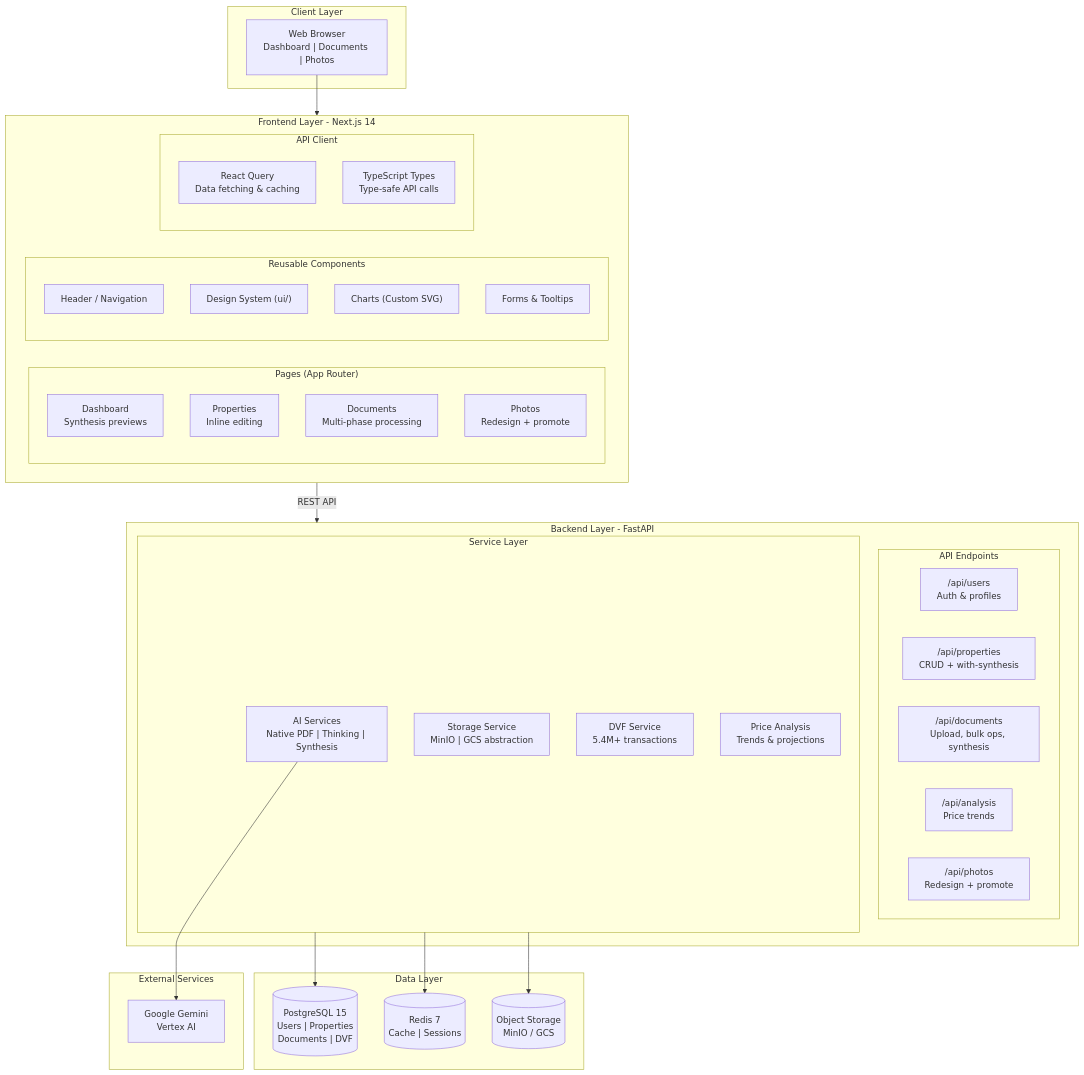
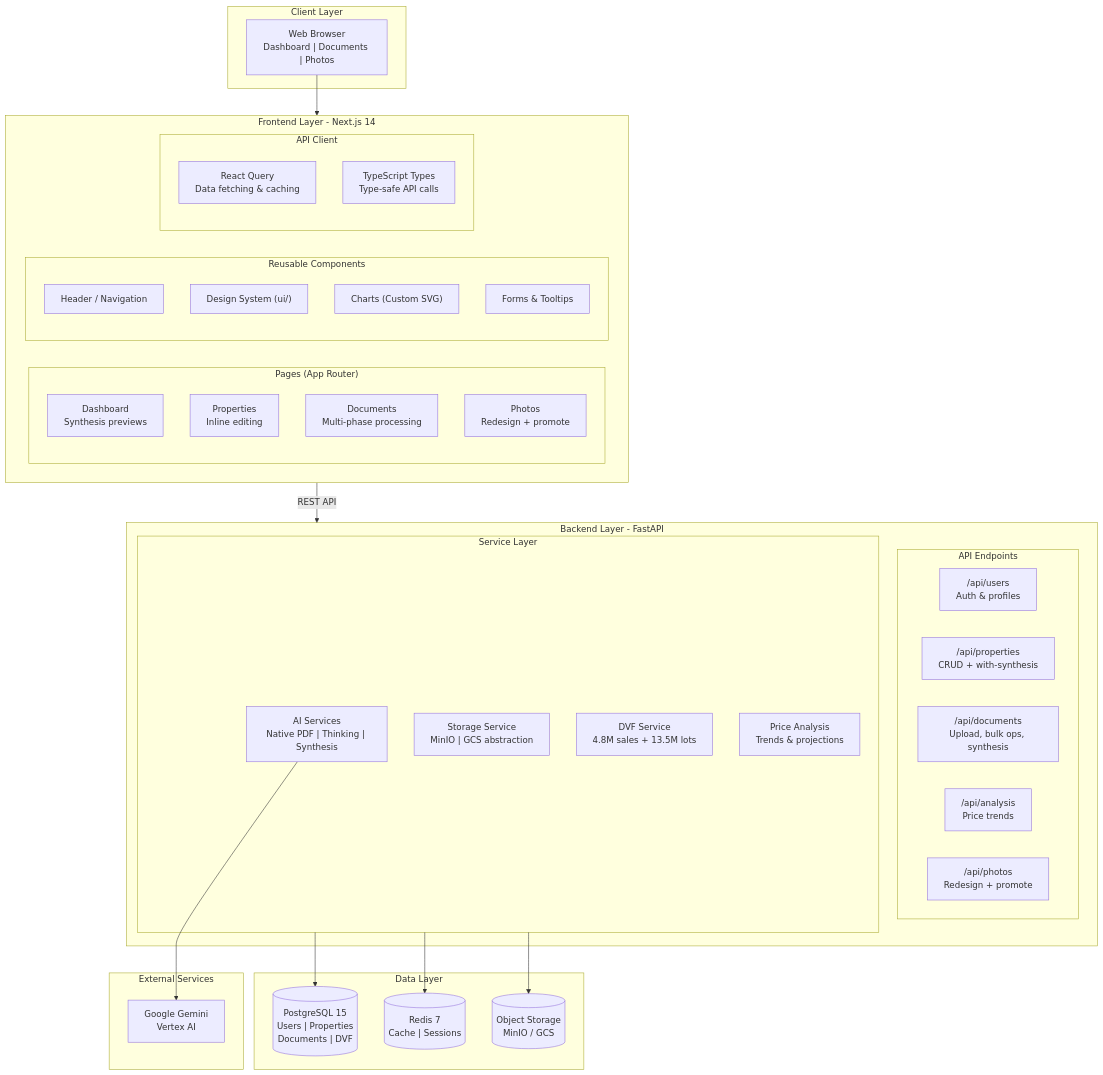
One commit to benjamin-karaoglan/AppArtAgent changed the first of 9 diagrams in docs/architecture/overview.md. Above: the diagram before and after it, drawn with Mermaid. The commit also changed other lines of this file and 14 other files, not shown here.

First line of the commit message:
docs: update documentation for geolocalized DVF and new architecture

````diff
--- a/docs/architecture/overview.md
+++ b/docs/architecture/overview.md
@@ -5,61 +5,61 @@
 ```mermaid
 flowchart TB
     subgraph ClientLayer["Client Layer"]
         Browser["Web Browser<br/>Dashboard | Documents | Photos"]
     end
 
     subgraph FrontendLayer["Frontend Layer - Next.js 14"]
         subgraph Pages["Pages (App Router)"]
             P1["Dashboard<br/>Synthesis previews"]
             P2["Properties<br/>Inline editing"]
             P3["Documents<br/>Multi-phase processing"]
             P4["Photos<br/>Redesign + promote"]
         end
 
         subgraph Components["Reusable Components"]
             C1["Header / Navigation"]
             C2["Design System (ui/)"]
             C3["Charts (Custom SVG)"]
             C4["Forms & Tooltips"]
         end
 
         subgraph APIClient["API Client"]
             AC1["React Query<br/>Data fetching & caching"]
             AC2["TypeScript Types<br/>Type-safe API calls"]
         end
     end
 
     subgraph BackendLayer["Backend Layer - FastAPI"]
         subgraph Endpoints["API Endpoints"]
             E1["/api/users<br/>Auth & profiles"]
             E2["/api/properties<br/>CRUD + with-synthesis"]
             E3["/api/documents<br/>Upload, bulk ops, synthesis"]
             E4["/api/analysis<br/>Price trends"]
             E5["/api/photos<br/>Redesign + promote"]
         end
 
         subgraph Services["Service Layer"]
             S1["AI Services<br/>Native PDF | Thinking | Synthesis"]
             S2["Storage Service<br/>MinIO | GCS abstraction"]
-            S3["DVF Service<br/>5.4M+ transactions"]
+            S3["DVF Service<br/>4.8M sales + 13.5M lots"]
             S4["Price Analysis<br/>Trends & projections"]
         end
     end
 
     subgraph DataLayer["Data Layer"]
         PostgreSQL[("PostgreSQL 15<br/>Users | Properties<br/>Documents | DVF")]
         Redis[("Redis 7<br/>Cache | Sessions")]
         Storage[("Object Storage<br/>MinIO / GCS")]
     end
 
     subgraph ExternalLayer["External Services"]
         Gemini["Google Gemini<br/>Vertex AI"]
     end
 
     Browser --> FrontendLayer
     FrontendLayer -->|"REST API"| BackendLayer
     Services --> PostgreSQL
     Services --> Redis
     Services --> Storage
     S1 --> Gemini
 ```
````
